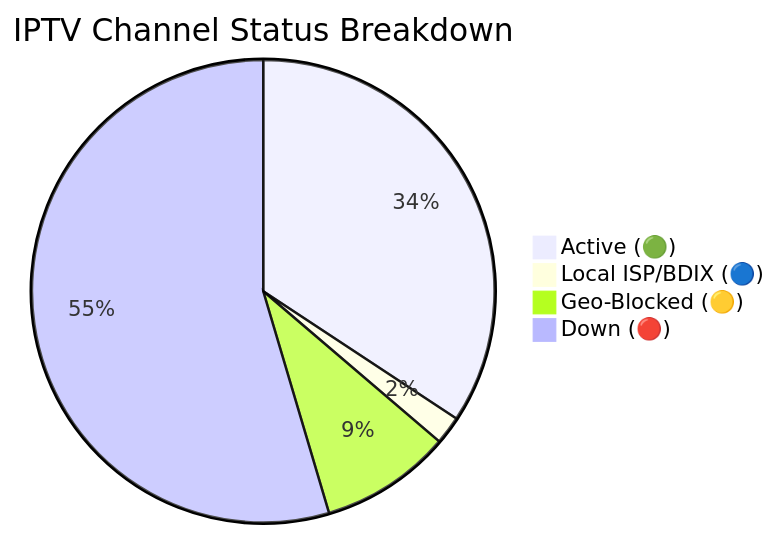
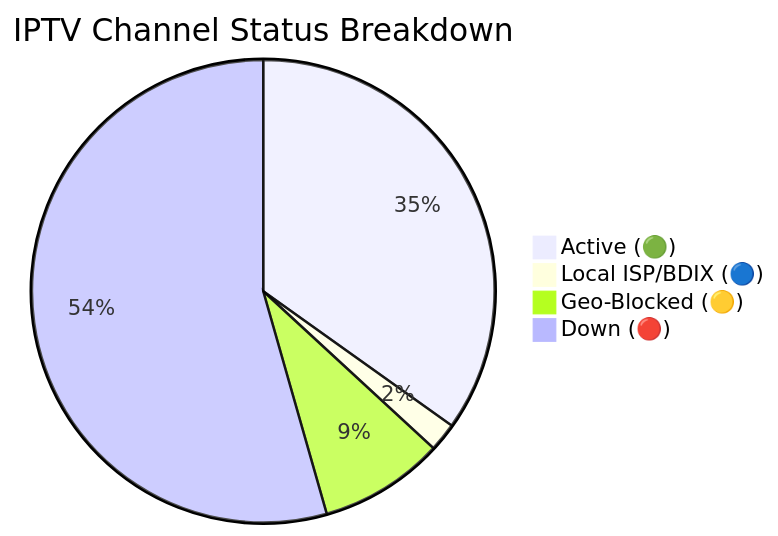
One commit to andreataylord/Ip-tv-Collection changed the diagram in README.md. Above: the diagram before and after it, drawn with Mermaid. The commit also changed other lines of this file and 2 other files, not shown here.

````diff
--- a/README.md
+++ b/README.md
@@ -59,7 +59,7 @@
 ```mermaid
 pie title IPTV Channel Status Breakdown
-    "Active (🟢)" : 2226
+    "Active (🟢)" : 2230
     "Local ISP/BDIX (🔵)" : 128
-    "Geo-Blocked (🟡)" : 595
-    "Down (🔴)" : 3545
+    "Geo-Blocked (🟡)" : 558
+    "Down (🔴)" : 3482
 ```
````
